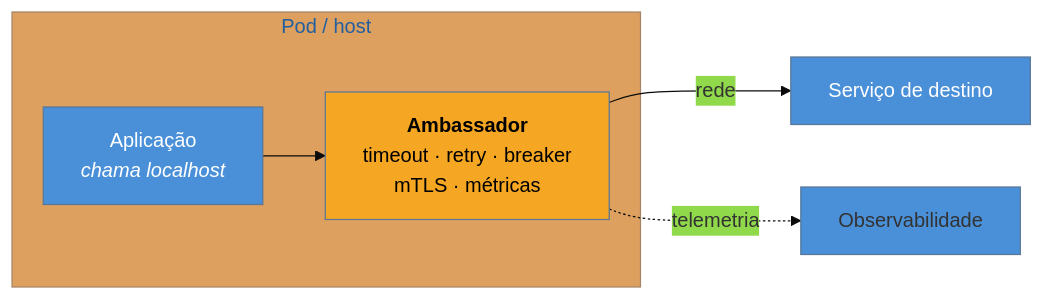
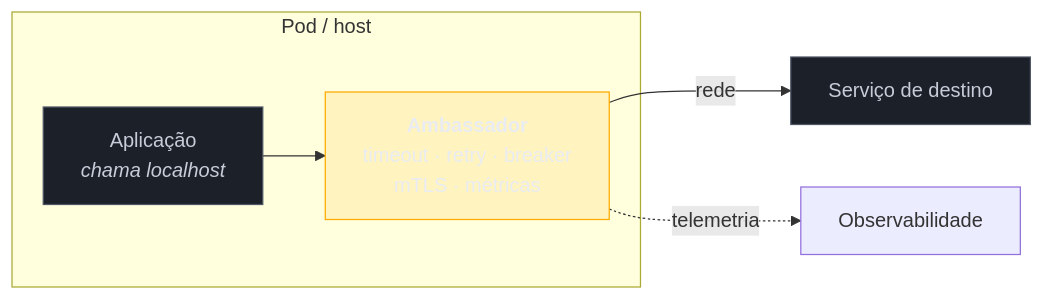
Before and after one commit to josenaldo/codex-technomanticus: the diagram in 03-Dominios/Engenharia/Design de Software/Padrões de Projeto/Nuvem e Resiliência/11 - Ambassador + Sidecar.md, drawn with Mermaid. The commit also changed 1181 other files, not shown here.

First line of the commit message:
fix(diagramas): paleta do sistema no lugar de cor cravada no markdown

````diff
--- a/03-Dominios/Engenharia/Design de Software/Padrões de Projeto/Nuvem e Resiliência/11 - Ambassador + Sidecar.md
+++ b/03-Dominios/Engenharia/Design de Software/Padrões de Projeto/Nuvem e Resiliência/11 - Ambassador + Sidecar.md
@@ -43,13 +43,14 @@
 ```mermaid
-%%{init: {"theme": "base", "themeVariables": {"primaryColor": "#4A90D9"}}}%%
 graph LR
+    classDef neutro fill:#1B2029,stroke:#4E5666,color:#C6CCD8
+    classDef destaque fill:#FFAA0024,stroke:#FFAA00,color:#E9ECF2
     subgraph POD["Pod / host"]
         A["Aplicação<br/><i>chama localhost</i>"] --> S["<b>Ambassador</b><br/>timeout · retry · breaker<br/>mTLS · métricas"]
     end
     S -->|"rede"| D["Serviço de destino"]
     S -.->|"telemetria"| O["Observabilidade"]
 
-    style A fill:#4A90D9,color:#fff
-    style S fill:#F5A623,color:#000
-    style D fill:#4A90D9,color:#fff
+    class A neutro
+    class S destaque
+    class D neutro
 ```
````
